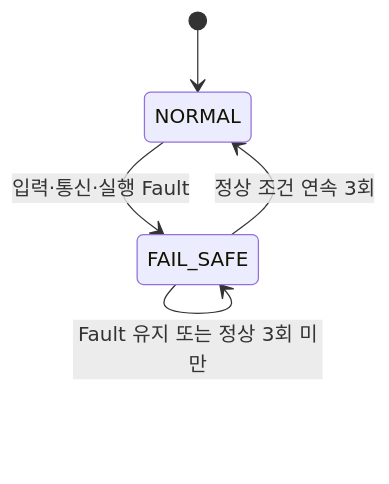
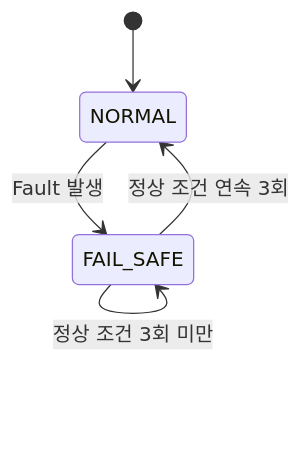
One commit to kwangil1245-code/iso26262-sbw-failsafe changed the third of 5 diagrams in iso26262-sbw-failsafe/workproducts/05_SW_Detailed_Design_Unit_Construction.md. Above: the diagram before and after it, drawn with Mermaid. The commit also changed other lines of this file, not shown here.

````diff
--- a/iso26262-sbw-failsafe/workproducts/05_SW_Detailed_Design_Unit_Construction.md
+++ b/iso26262-sbw-failsafe/workproducts/05_SW_Detailed_Design_Unit_Construction.md
@@ -157,7 +185,10 @@
 ```mermaid
 stateDiagram-v2
     [*] --> NORMAL
-    NORMAL --> FAIL_SAFE: 입력·통신·실행 Fault
-    FAIL_SAFE --> FAIL_SAFE: Fault 유지 또는 정상 3회 미만
+
+    NORMAL --> FAIL_SAFE: Fault 발생
+
+    FAIL_SAFE --> FAIL_SAFE: Fault 유지
+    FAIL_SAFE --> FAIL_SAFE: 정상 조건 3회 미만
     FAIL_SAFE --> NORMAL: 정상 조건 연속 3회
 ```
````
